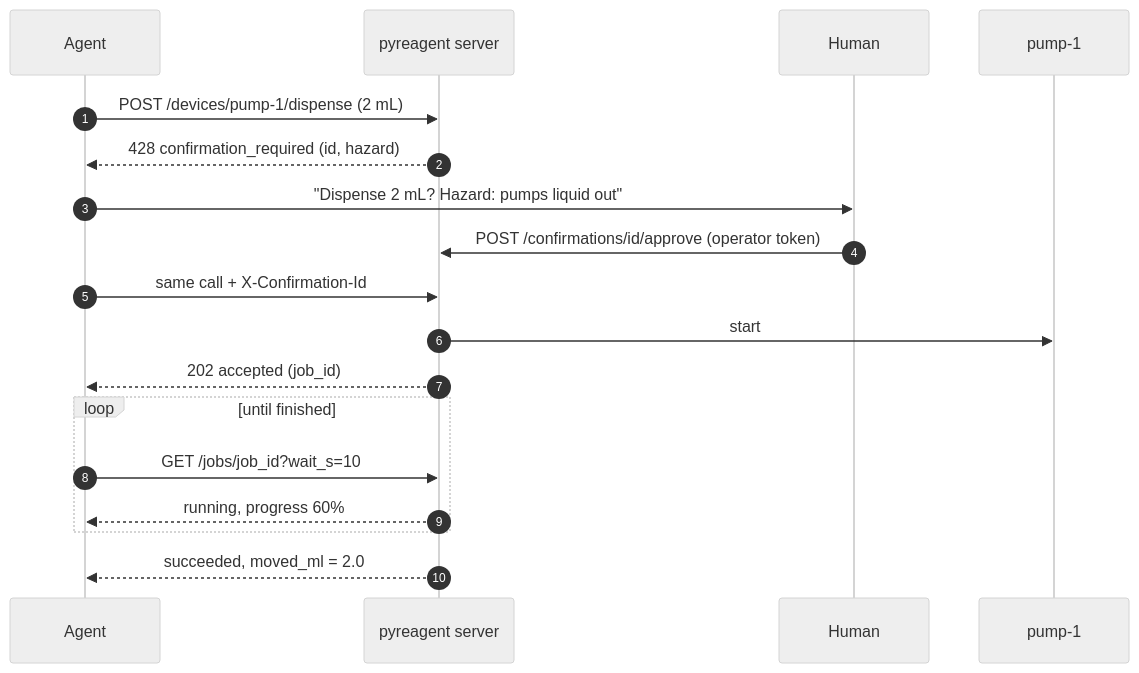
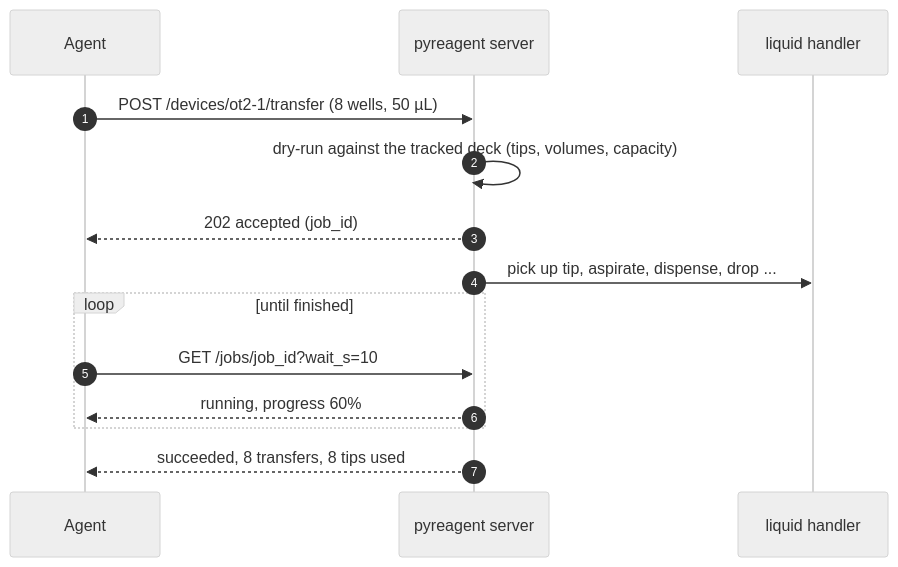
Before and after one commit to jayanthg-artpark/pyreagent: the third of 3 diagrams in README.md, drawn with Mermaid (neutral theme). The commit also changed other lines of this file and 64 other files, not shown here.

````diff
--- a/README.md
+++ b/README.md
@@ -183,20 +194,16 @@
 ```mermaid
 sequenceDiagram
     autonumber
     participant A as Agent
     participant S as pyreagent server
-    participant H as Human
-    participant P as pump-1
-    A->>S: POST /devices/pump-1/dispense (2 mL)
-    S-->>A: 428 confirmation_required (id, hazard)
-    A->>H: "Dispense 2 mL? Hazard: pumps liquid out"
-    H->>S: POST /confirmations/id/approve (operator token)
-    A->>S: same call + X-Confirmation-Id
-    S->>P: start
+    participant L as liquid handler
+    A->>S: POST /devices/ot2-1/transfer (8 wells, 50 µL)
+    S->>S: dry-run against the tracked deck (tips, volumes, capacity)
     S-->>A: 202 accepted (job_id)
+    S->>L: pick up tip, aspirate, dispense, drop ...
     loop until finished
         A->>S: GET /jobs/job_id?wait_s=10
         S-->>A: running, progress 60%
     end
-    S-->>A: succeeded, moved_ml = 2.0
+    S-->>A: succeeded, 8 transfers, 8 tips used
 ```
````
